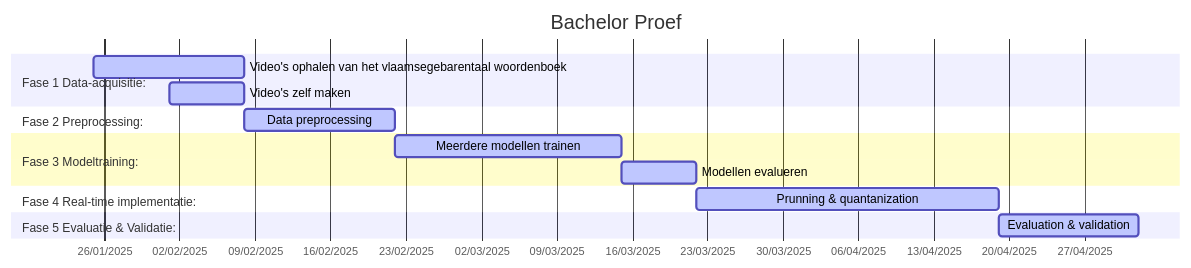
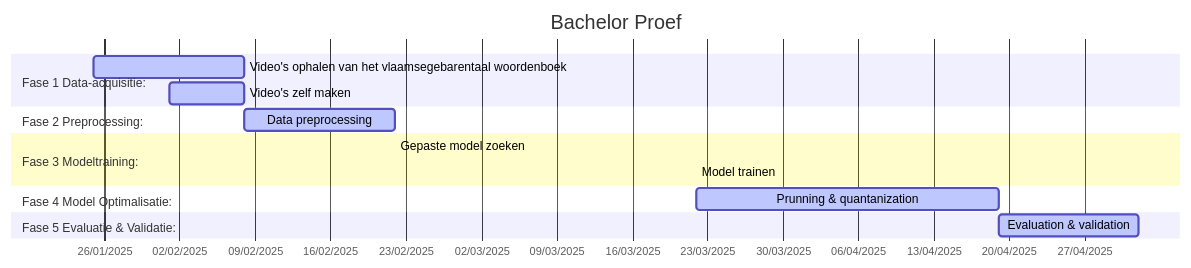
One commit to TomDeganck/latex-hogent-bachproef-main changed the diagram in voorstel/gantt.md. Above: the diagram before and after it, drawn with Mermaid. The commit also changed 1 other file, not shown here.

Commit message:
vanalles

````diff
--- a/voorstel/gantt.md
+++ b/voorstel/gantt.md
@@ -3,26 +3,26 @@
 ```mermaid
 gantt
     title Bachelor Proef
     dateFormat  DD/MM/YYYY
     axisFormat  %d/%m/%Y
     todayMarker off
 
     section Fase 1 Data-acquisitie:
     Video's ophalen van het vlaamsegebarentaal woordenboek: active, des1, 25/01/2025, 08/02/2025
     Video's zelf maken: active, des2, 01/02/2025, 08/02/2025
 
     section Fase 2 Preprocessing:
     Data preprocessing: active, des3, 08/02/2025, 22/02/2025
 
     section Fase 3 Modeltraining:
-    Meerdere modellen trainen: active, des5, 22/02/2025, 15/03/2025
-    Modellen evalueren: active, des6, 15/03/2025, 22/03/2025
+    Gepaste model zoeken: active, des5, 22/02/2025, 8/03/2025
+    Model trainen: active, des6, 8/03/2025, 22/03/2025
 
-    section Fase 4 Real-time implementatie:
+    section Fase 4 Model Optimalisatie:
     Prunning & quantanization: active, des7, 22/03/2025, 19/04/2025
 
     section Fase 5 Evaluatie & Validatie:
     Evaluation & validation: active, des8, 19/04/2025, 02/05/2025
 
 
 ```
````
